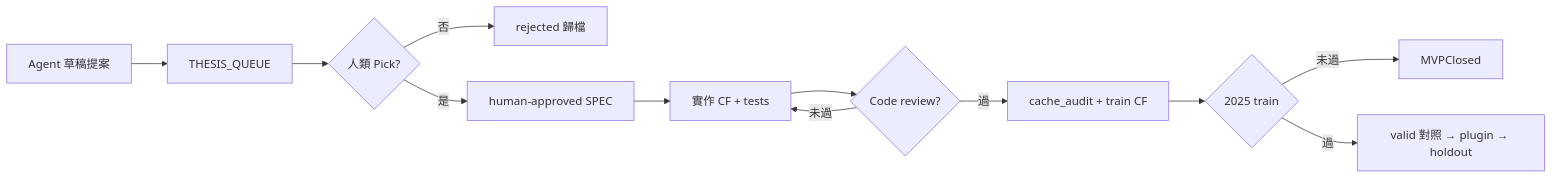
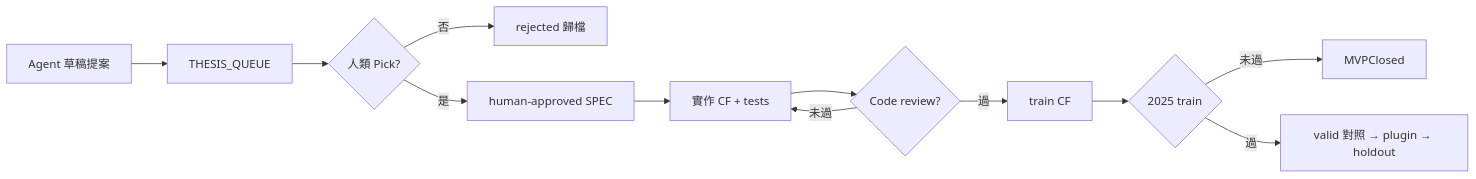
One commit to timhwchuang/tfx-trading changed the diagram in docs/features/ai-backtest-tuning/ALPHA_RESEARCH_PLAYBOOK.md. Above: the diagram before and after it, drawn with Mermaid. The commit also changed other lines of this file and 40 other files, not shown here.

````diff
--- a/docs/features/ai-backtest-tuning/ALPHA_RESEARCH_PLAYBOOK.md
+++ b/docs/features/ai-backtest-tuning/ALPHA_RESEARCH_PLAYBOOK.md
@@ -39,14 +39,14 @@
 ```mermaid
 flowchart LR
   A[Agent 草稿提案] --> B[THESIS_QUEUE]
   B --> C{人類 Pick?}
   C -->|否| D[rejected 歸檔]
   C -->|是| E[human-approved SPEC]
   E --> F[實作 CF + tests]
   F --> R{Code review?}
   R -->|未過| F
-  R -->|過| T[cache_audit + train CF]
+  R -->|過| T[train CF]
   T --> G{2025 train}
   G -->|未過| H[MVPClosed]
   G -->|過| I[valid 對照 → plugin → holdout]
 ```
````
